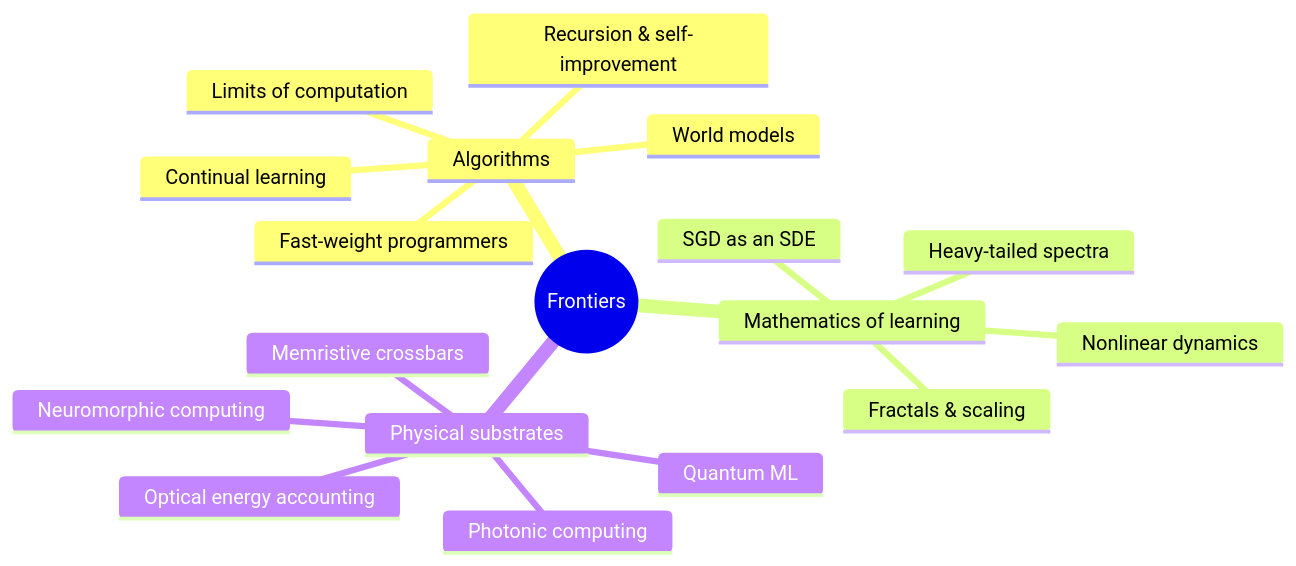
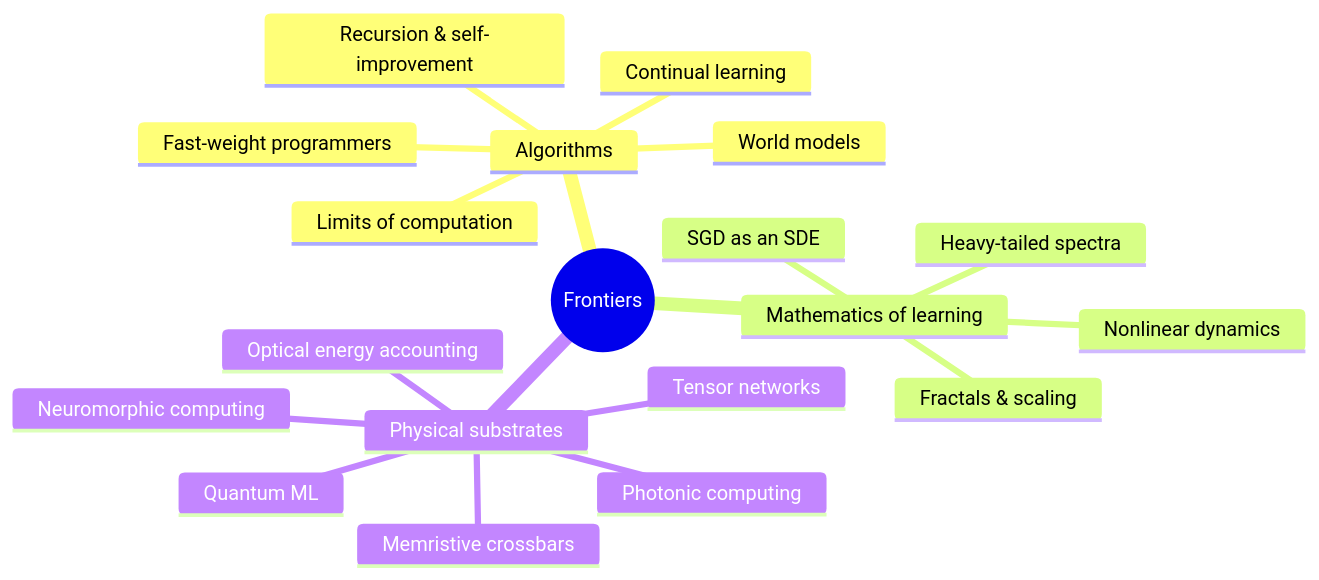
Before and after one commit to marcpoliquin5/understanding-ai: the diagram in docs/06-frontiers/README.md, drawn with Mermaid. The commit also changed other lines of this file and 6 other files, not shown here.

Commit message:
Add Tensor networks as machine learning models page (Frontiers) with 41 new checked references

````diff
--- a/docs/06-frontiers/README.md
+++ b/docs/06-frontiers/README.md
@@ -26,21 +27,22 @@
 ```mermaid
 mindmap
   root((Frontiers))
     Algorithms
       Recursion & self-improvement
       Fast-weight programmers
       World models
       Limits of computation
       Continual learning
     Mathematics of learning
       Fractals & scaling
       Heavy-tailed spectra
       Nonlinear dynamics
       SGD as an SDE
     Physical substrates
       Photonic computing
       Optical energy accounting
       Neuromorphic computing
       Memristive crossbars
       Quantum ML
+      Tensor networks
 ```
````
